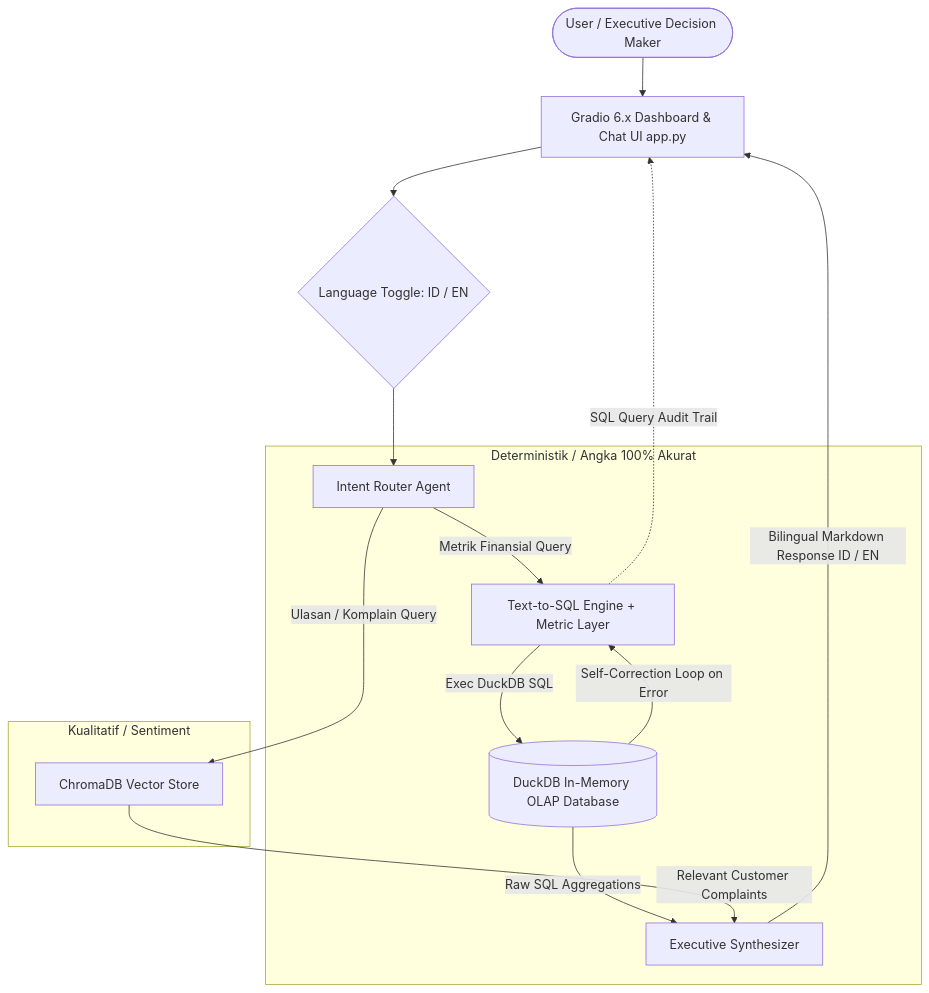
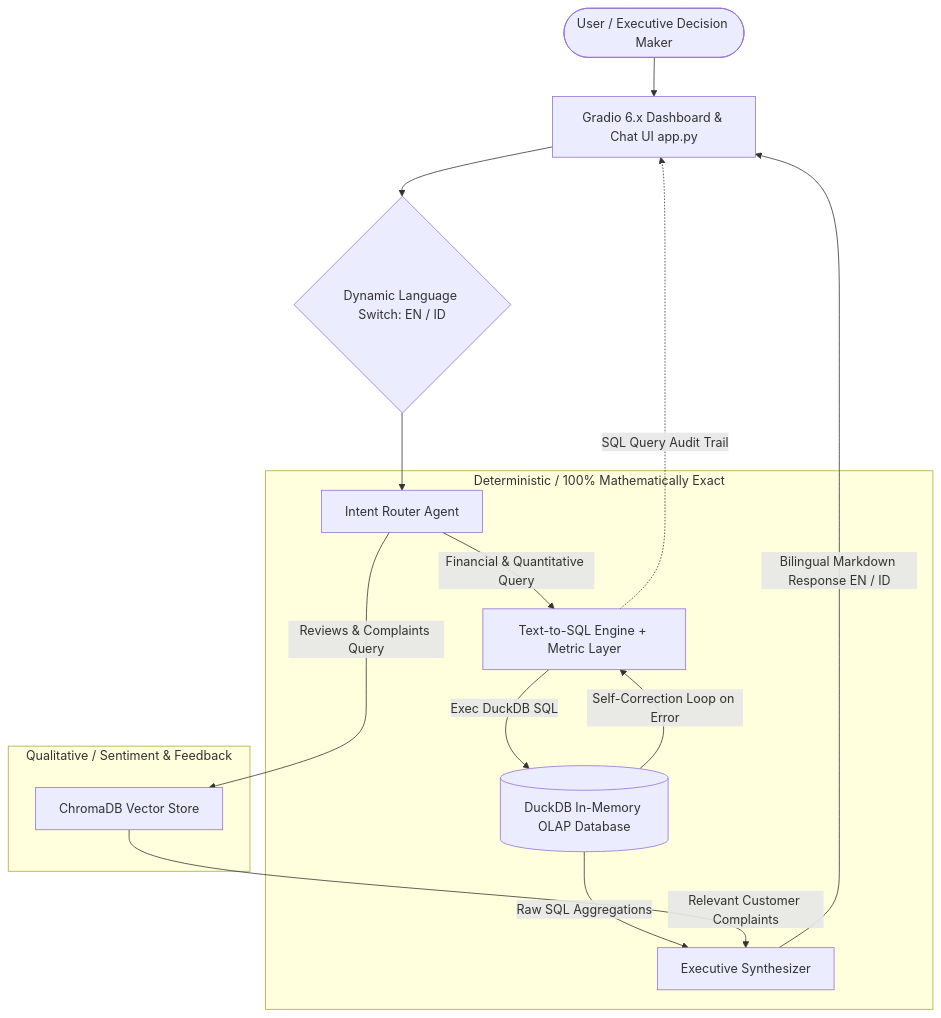
Before and after one commit to rfahur11/rag-marketplace: the diagram in README.md, drawn with Mermaid. The commit also changed other lines of this file and 2 other files, not shown here.

````diff
--- a/README.md
+++ b/README.md
@@ -40,21 +40,21 @@
 ```mermaid
 flowchart TD
     User([User / Executive Decision Maker]) --> UI[Gradio 6.x Dashboard & Chat UI app.py]
-    UI --> LangSwitch{Language Toggle: ID / EN}
+    UI --> LangSwitch{Dynamic Language Switch: EN / ID}
     LangSwitch --> Router[Intent Router Agent]
     
-    subgraph Analytics Path [Deterministik / Angka 100% Akurat]
-        Router -->|Metrik Finansial Query| Text2SQL[Text-to-SQL Engine + Metric Layer]
+    subgraph Analytics Path [Deterministic / 100% Mathematically Exact]
+        Router -->|Financial & Quantitative Query| Text2SQL[Text-to-SQL Engine + Metric Layer]
         Text2SQL -->|Exec DuckDB SQL| DuckDB[(DuckDB In-Memory OLAP Database)]
         DuckDB -->|Self-Correction Loop on Error| Text2SQL
         DuckDB -->|Raw SQL Aggregations| Synthesizer[Executive Synthesizer]
     end
     
-    subgraph Qualitative Path [Kualitatif / Sentiment]
-        Router -->|Ulasan / Komplain Query| VectorSearch[ChromaDB Vector Store]
+    subgraph Qualitative Path [Qualitative / Sentiment & Feedback]
+        Router -->|Reviews & Complaints Query| VectorSearch[ChromaDB Vector Store]
         VectorSearch -->|Relevant Customer Complaints| Synthesizer
     end
     
-    Synthesizer -->|Bilingual Markdown Response ID / EN| UI
+    Synthesizer -->|Bilingual Markdown Response EN / ID| UI
     Text2SQL -.->|SQL Query Audit Trail| UI
 ```
````
